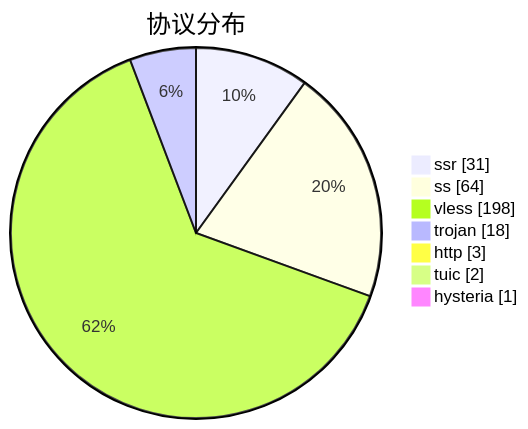
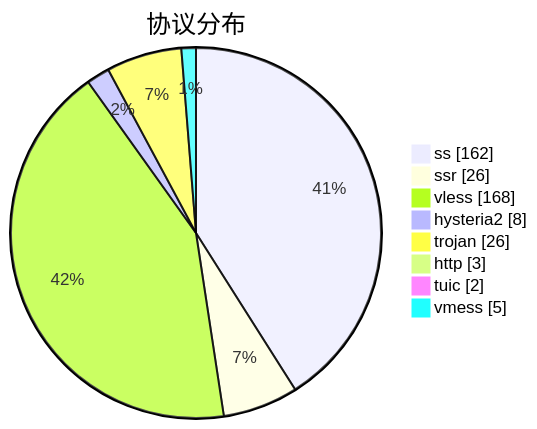
One commit to qjlxg/airport changed the third of 3 diagrams in subs/statistics/tested_within.md. Above: the diagram before and after it, drawn with Mermaid. The commit also changed other lines of this file and 2 other files, not shown here.

````diff
--- a/subs/statistics/tested_within.md
+++ b/subs/statistics/tested_within.md
@@ -32,11 +32,12 @@
 ```mermaid
 pie showData
 title 协议分布
-"ssr" : 31
-"ss" : 64
-"vless" : 198
-"trojan" : 18
+"ss" : 162
+"ssr" : 26
+"vless" : 168
+"hysteria2" : 8
+"trojan" : 26
 "http" : 3
 "tuic" : 2
-"hysteria" : 1
+"vmess" : 5
 ```
````
